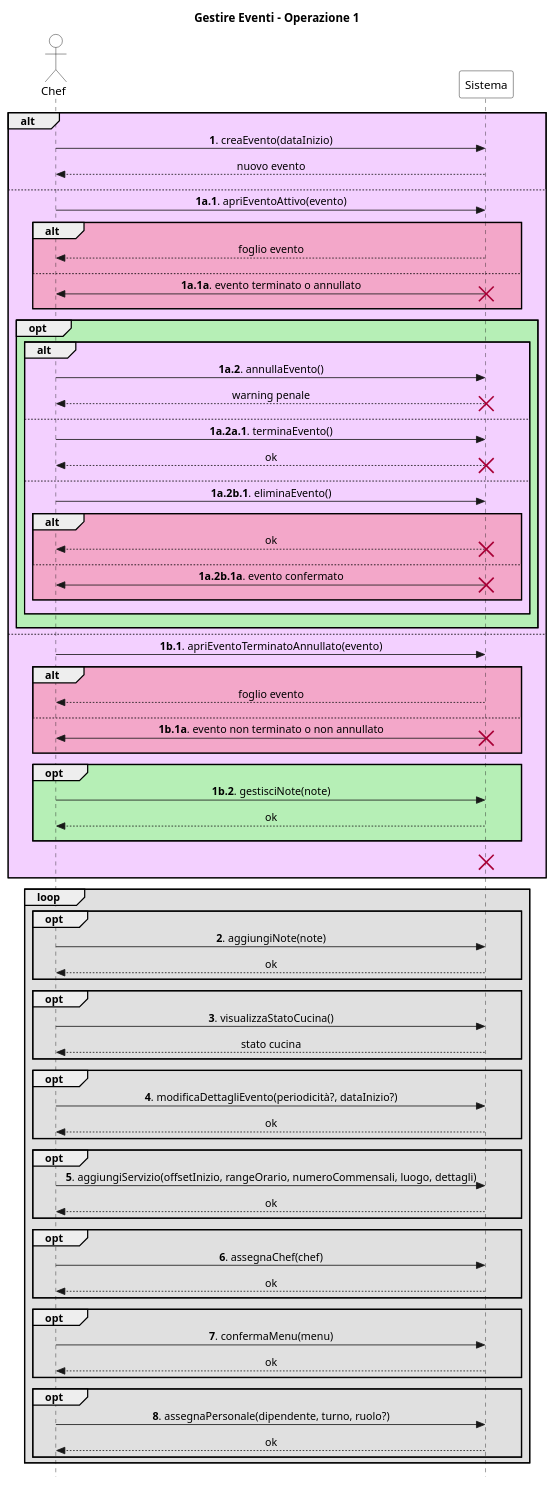
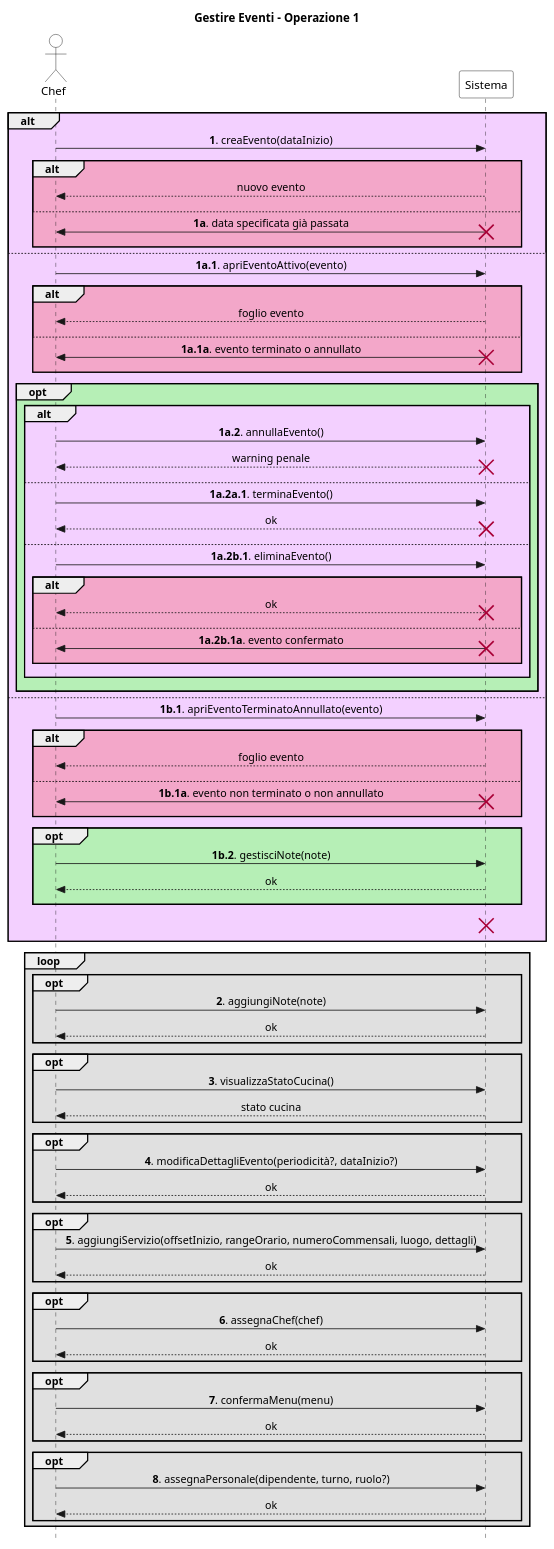
One commit to stefa168/sas-project changed the diagram in UP/Requisiti/UC Gestire Eventi/SSD/Estensioni-Eccezioni Op1.puml. Above: the diagram before and after it, drawn with PlantUML. The commit also changed 2 other files, not shown here.

```diff
--- a/UP/Requisiti/UC Gestire Eventi/SSD/Estensioni-Eccezioni Op1.puml
+++ b/UP/Requisiti/UC Gestire Eventi/SSD/Estensioni-Eccezioni Op1.puml
@@ -1,118 +1,124 @@
 @startuml
 skinparam Style strictuml
 skinparam SequenceMessageAlign center
 
 skinparam sequence {
     ActorBorderColor Black
     ActorBackgroundColor White
     ParticipantBorderColor Black
     ParticipantBackgroundColor White
 }
 
 actor Chef
 participant Sistema
 
 title Gestire Eventi - Operazione 1
 
 alt #f3d0ff
     Chef -> Sistema: **1**. creaEvento(dataInizio)
-    return nuovo evento
-    ||10||
+    alt #f3a7c9
+        return nuovo evento
+        ||10||
+    else
+        Chef <- Sistema: **1a**. data specificata già passata
+        destroy Sistema
+        ||10||
+    end
 else
     Chef -> Sistema: **1a.1**. apriEventoAttivo(evento)
     alt #f3a7c9
         return foglio evento
         ||10||
     else
         Chef <- Sistema: **1a.1a**. evento terminato o annullato
         destroy Sistema
         ||10||
     end
 
     opt #b6efb6
         alt #f3d0ff
             Chef -> Sistema: **1a.2**. annullaEvento()
             return warning penale
             destroy Sistema
             ||10||
         else
             Chef -> Sistema: **1a.2a.1**. terminaEvento()
             return ok
             destroy Sistema
             ||10||
         else
             Chef -> Sistema: **1a.2b.1**. eliminaEvento()
             alt #f3a7c9
                 return ok
                 destroy Sistema
                 ||10||
             else
                Chef <- Sistema: **1a.2b.1a**. evento confermato
                destroy Sistema
                ||10||
             end
             ||10||
         end
         ' non abbiamo modo di modificare il colore della X
         ||10||
     end
 else
     Chef -> Sistema: **1b.1**. apriEventoTerminatoAnnullato(evento)
     alt #f3a7c9
         return foglio evento
         ||10||
     else
         Chef <- Sistema: **1b.1a**. evento non terminato o non annullato
         destroy Sistema
         ||10||
     end
 
     opt #b6efb6
         Chef -> Sistema: **1b.2**. gestisciNote(note)
         return ok
         ||10||
     end
 
     ||10||
     destroy Sistema
 '    note over Chef, Sistema #fff: Il caso d'uso termina.
     ||10||
 end
 
 loop #e0e0e0
     opt #e0e0e0
         Chef -> Sistema: **2**. aggiungiNote(note)
         return ok
     end
 
     opt #e0e0e0
         Chef -> Sistema: **3**. visualizzaStatoCucina()
         return stato cucina
     end
 
     opt #e0e0e0
         Chef -> Sistema: **4**. modificaDettagliEvento(periodicità?, dataInizio?)
         return ok
     end
 
     opt #e0e0e0
         Chef -> Sistema: **5**. aggiungiServizio(offsetInizio, rangeOrario, numeroCommensali, luogo, dettagli)
         return ok
     end
 
     opt #e0e0e0
         Chef -> Sistema: **6**. assegnaChef(chef)
         return ok
     end
 
     opt #e0e0e0
         Chef -> Sistema: **7**. confermaMenu(menu)
         return ok
     end
 
     opt #e0e0e0
         Chef -> Sistema: **8**. assegnaPersonale(dipendente, turno, ruolo?)
         return ok
     end
 end
 @enduml
```
